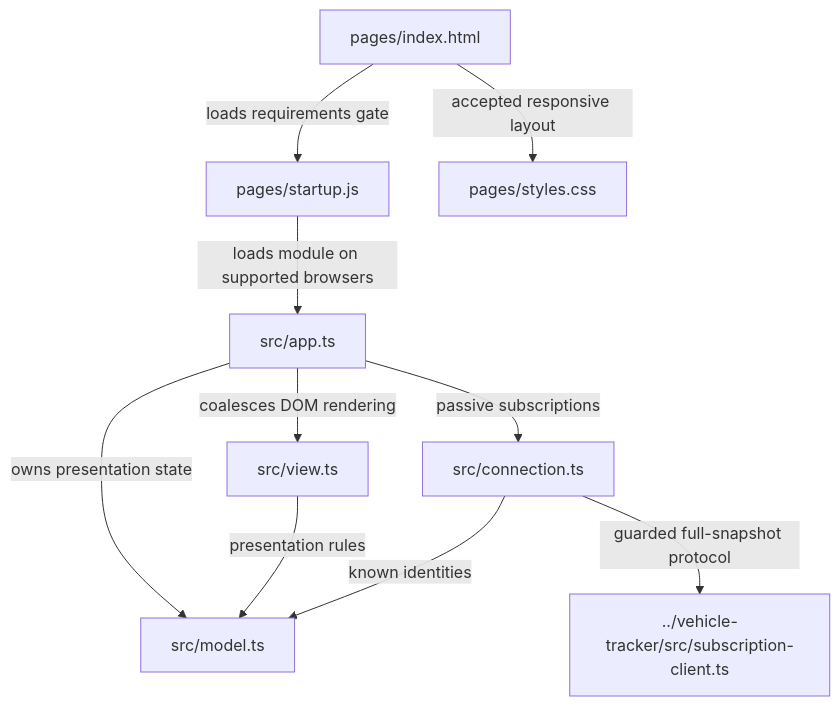
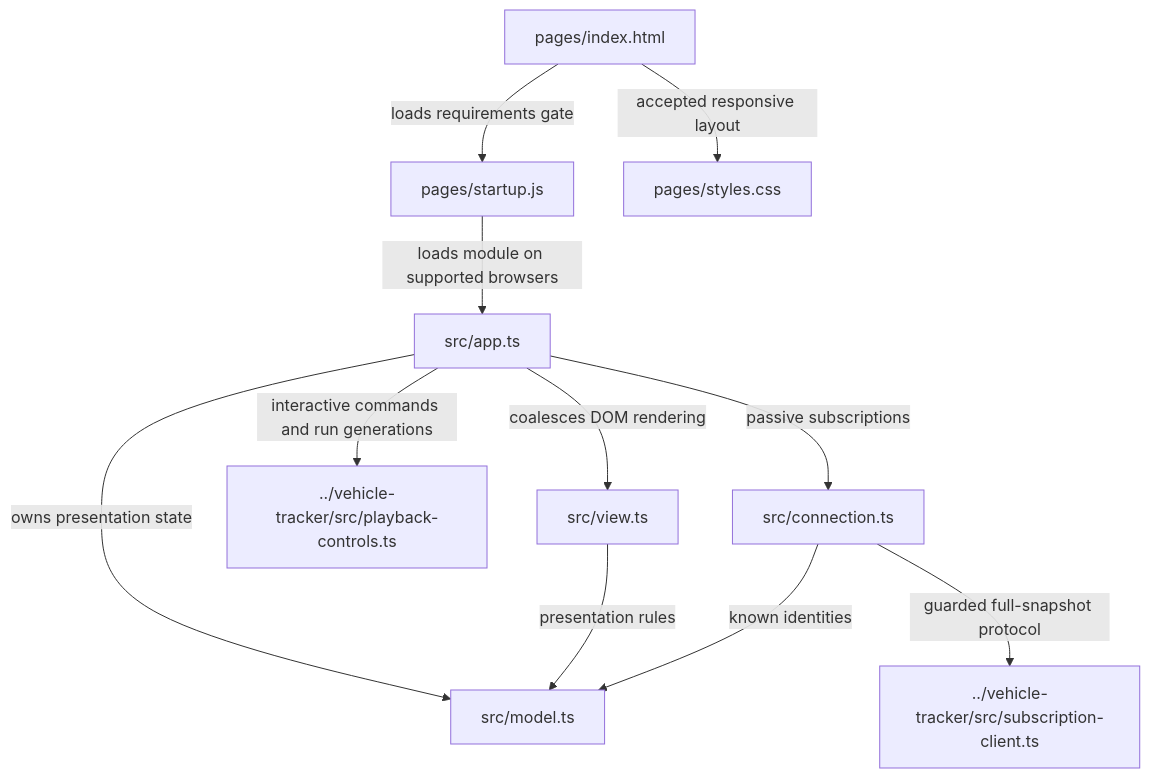
The diagram in demos/live-sports/docs/source-map.md (sproates/zooglass), drawn with Mermaid before and after one commit. The commit also changed other lines of this file and 28 other files, not shown here.

Commit message:
Add checked Sports interactive walkthrough and fresh-run reset

````diff
--- a/demos/live-sports/docs/source-map.md
+++ b/demos/live-sports/docs/source-map.md
@@ -8,12 +8,13 @@
 ```mermaid
 flowchart TB
   page["pages/index.html"] -->|loads requirements gate| startup["pages/startup.js"]
   page -->|accepted responsive layout| styles["pages/styles.css"]
   startup -->|loads module on supported browsers| app["src/app.ts"]
   app -->|owns presentation state| model["src/model.ts"]
   app -->|coalesces DOM rendering| view["src/view.ts"]
   view -->|presentation rules| model
+  app -->|interactive commands and run generations| controls["../vehicle-tracker/src/playback-controls.ts"]
   app -->|passive subscriptions| connection["src/connection.ts"]
   connection -->|known identities| model
   connection -->|guarded full-snapshot protocol| protocol["../vehicle-tracker/src/subscription-client.ts"]
 ```
````
